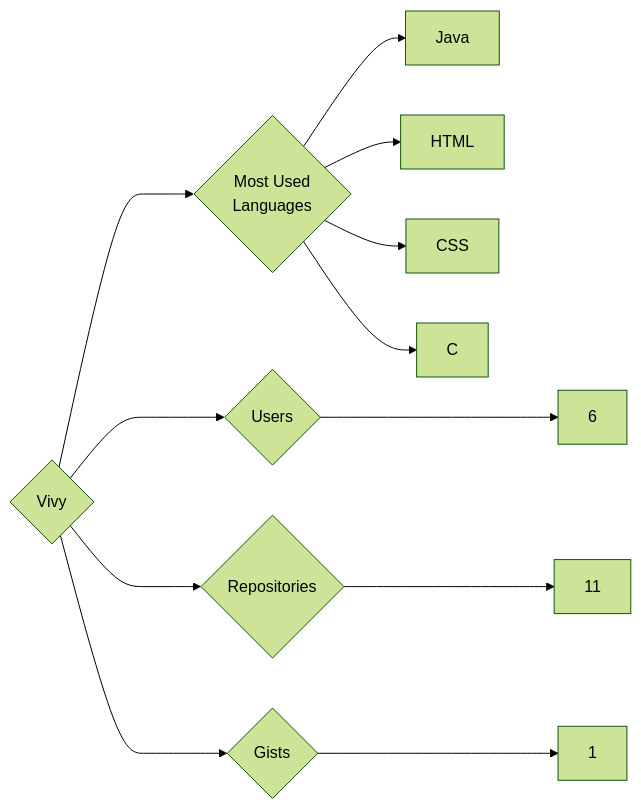
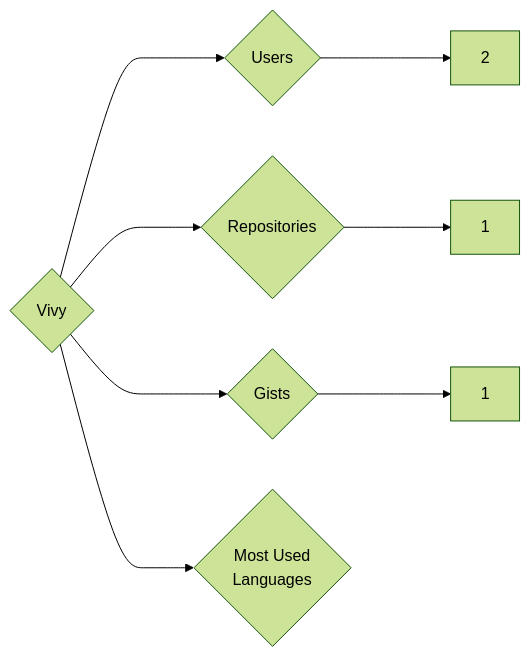
The diagram in targets/Vivy/README.md (trickest/insiders), drawn with Mermaid (forest theme) before and after one commit. The commit also changed 973 other files, not shown here.

````diff
--- a/targets/Vivy/README.md
+++ b/targets/Vivy/README.md
@@ -3,12 +3,8 @@
 ```mermaid
 graph LR
 COMPANY_NAME{Vivy}
-COMPANY_NAME ---> U{Users} ---> UN[6]
-COMPANY_NAME ---> R{Repositories} ---> RN[11]
+COMPANY_NAME ---> U{Users} ---> UN[2]
+COMPANY_NAME ---> R{Repositories} ---> RN[1]
 COMPANY_NAME ---> G{Gists} ---> GN[1]
 COMPANY_NAME ---> ML{Most Used<br>Languages}
-ML --> Java[Java]
-ML --> HTML[HTML]
-ML --> CSS[CSS]
-ML --> C[C]
 ```
````
